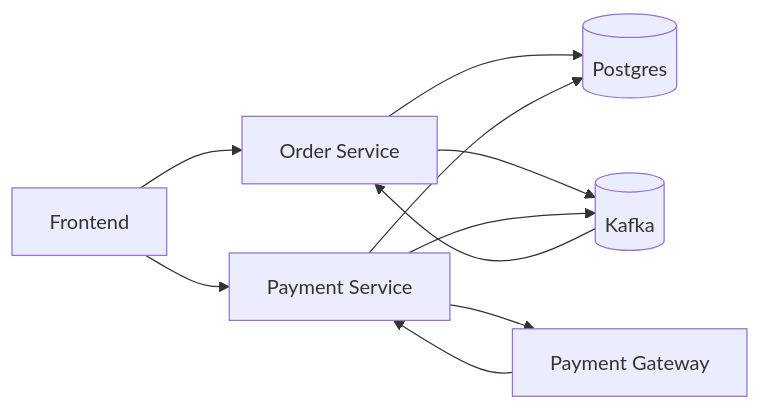
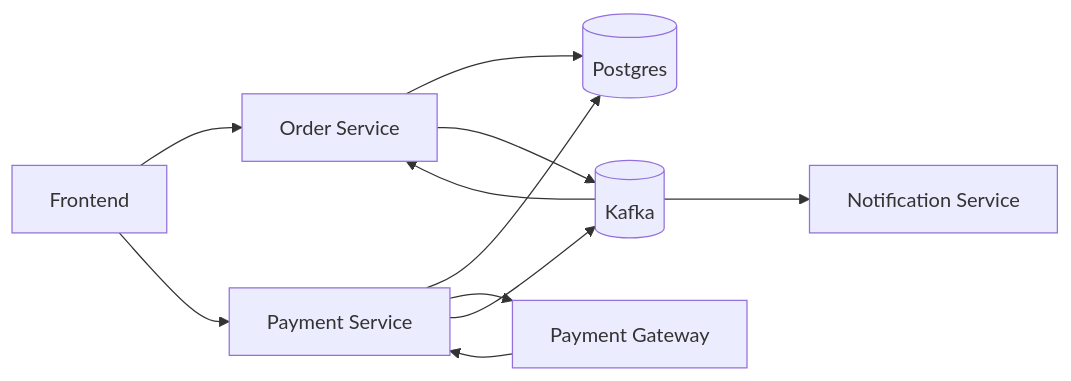
Before and after one commit to Emanueltyc/kafka-go-payment-system: the diagram in readme.md, drawn with Mermaid. The commit also changed other lines of this file and 16 other files, not shown here.

Commit message:
feat: added notification service

````diff
--- a/readme.md
+++ b/readme.md
@@ -6,26 +6,28 @@
 ```mermaid
 flowchart LR
 FE[Frontend]
 
 ORDER[Order Service]
 PAYMENT[Payment Service]
+NOTIFICATION[Notification Service]
 
 POSTGRES[(Postgres)]
 
 GATEWAY[Payment Gateway]
 KAFKA[(Kafka)]
 
 FE --> ORDER
 FE --> PAYMENT
 
 ORDER --> POSTGRES
 PAYMENT --> POSTGRES
 
 PAYMENT --> GATEWAY
 GATEWAY --> PAYMENT
 
 ORDER --> KAFKA
 PAYMENT --> KAFKA
 
 KAFKA --> ORDER
+KAFKA --> NOTIFICATION
 ```
````
